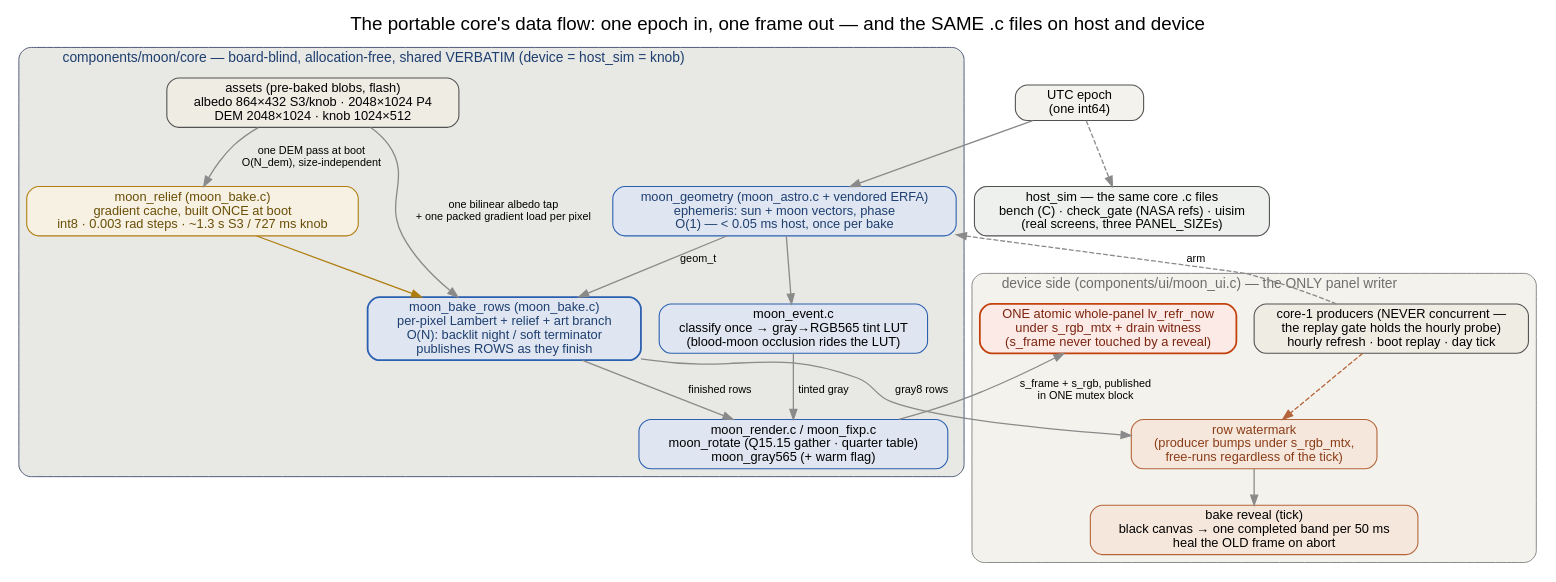
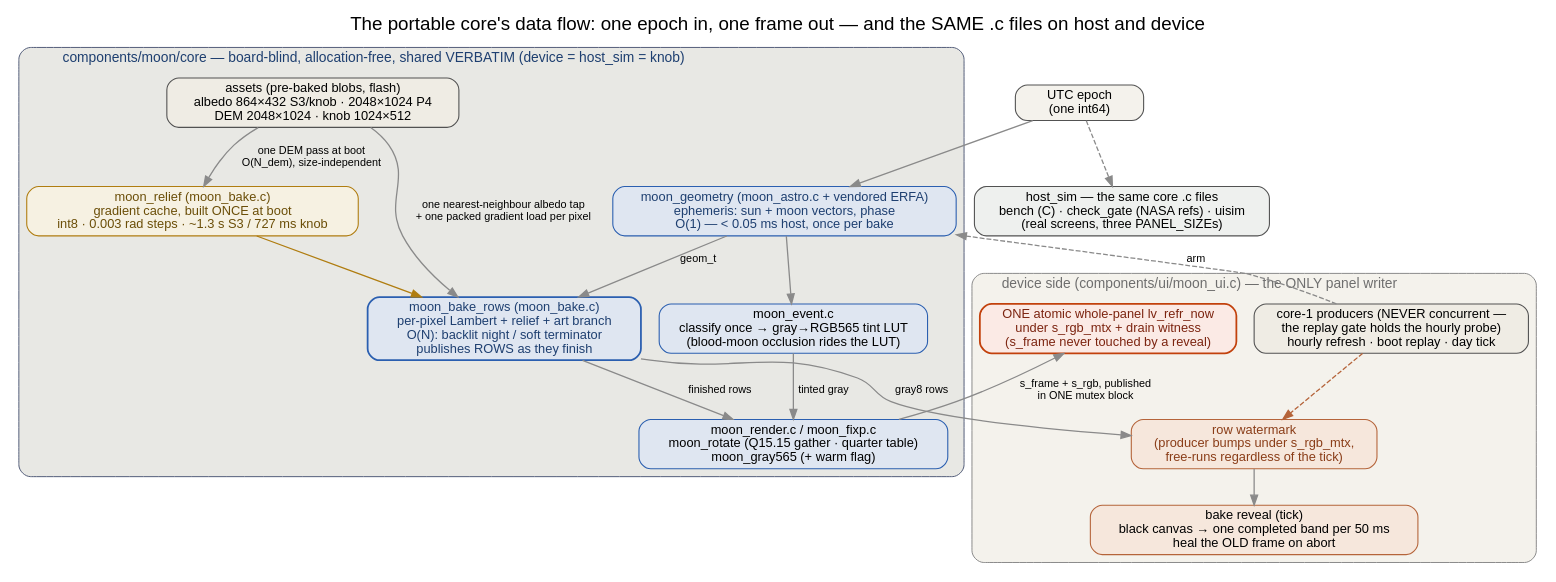
One commit to ukos-git/moon-clock-esp changed the diagram in docs/_graphs/moon-core-flow.dot. Above: the diagram before and after it, drawn with Graphviz. The commit also changed 7 other files, not shown here.

```diff
--- a/docs/_graphs/moon-core-flow.dot
+++ b/docs/_graphs/moon-core-flow.dot
@@ -1,69 +1,69 @@
 digraph mooncore {
     label="The portable core's data flow: one epoch in, one frame out — and the SAME .c files on host and device";
     labelloc="t";
     fontname="Helvetica"; fontsize=19;
     node [fontname="Helvetica", fontsize=13, style="rounded,filled",
           shape=box, width=1.8, height=0.5,
           fillcolor="#f2f2ef", color="#525252", penwidth=1.1];
     edge [fontname="Helvetica", fontsize=11, color="#8a8a8a", penwidth=1.3];
 
     epoch [label="UTC epoch\n(one int64)", fillcolor="#f4f2ec"];
 
     subgraph cluster_core {
         label="components/moon/core — board-blind, allocation-free, shared VERBATIM (device = host_sim = knob)";
         labeljust="l";
         style="rounded,filled";
         fillcolor="#e8e8e4";
         color="#525c78";
         fontsize=14; fontcolor="#1e3f70";
 
         geom [label="moon_geometry (moon_astro.c + vendored ERFA)\nephemeris: sun + moon vectors, phase\nO(1) — < 0.05 ms host, once per bake",
               fillcolor="#dfe6f1", color="#2b5fb0", fontcolor="#1e3f70"];
         asset [label="assets (pre-baked blobs, flash)\nalbedo 864×432 S3/knob · 2048×1024 P4\nDEM 2048×1024 · knob 1024×512",
                fillcolor="#efece4"];
         relief [label="moon_relief (moon_bake.c)\ngradient cache, built ONCE at boot\nint8 · 0.003 rad steps · ~1.3 s S3 / 727 ms knob",
                 fillcolor="#f6f1e2", color="#b07d10", fontcolor="#6b4e08"];
         bake [label="moon_bake_rows (moon_bake.c)\nper-pixel Lambert + relief + art branch\nO(N): backlit night / soft terminator\npublishes ROWS as they finish",
                 fillcolor="#dfe6f1", color="#2b5fb0", fontcolor="#1e3f70", penwidth=1.8];
         event [label="moon_event.c\nclassify once → gray→RGB565 tint LUT\n(blood-moon occlusion rides the LUT)",
                fillcolor="#dfe6f1", color="#2b5fb0"];
         render [label="moon_render.c / moon_fixp.c\nmoon_rotate (Q15.15 gather · quarter table)\nmoon_gray565 (+ warm flag)",
                  fillcolor="#dfe6f1", color="#2b5fb0"];
     }
 
     subgraph cluster_device {
         label="device side (components/ui/moon_ui.c) — the ONLY panel writer";
         labeljust="l";
         style="rounded,filled";
         fillcolor="#f4f2ec";
         color="#8a8a8a";
         fontsize=14; fontcolor="#6e6e6e";
 
         producers [label="core-1 producers (NEVER concurrent —\nthe replay gate holds the hourly probe)\nhourly refresh · boot replay · day tick",
                    fillcolor="#efece4"];
         wm [label="row watermark\n(producer bumps under s_rgb_mtx,\nfree-runs regardless of the tick)",
             fillcolor="#f6e7dc", color="#b5643a", fontcolor="#8a3d18"];
         reveal [label="bake reveal (tick)\nblack canvas → one completed band per 50 ms\nheal the OLD frame on abort",
                 fillcolor="#f6e7dc", color="#b5643a"];
         show [label="ONE atomic whole-panel lv_refr_now\nunder s_rgb_mtx + drain witness\n(s_frame never touched by a reveal)",
               fillcolor="#fbeae5", color="#c2410c", penwidth=1.8, fontcolor="#7c2410"];
     }
 
     host [label="host_sim — the same core .c files\nbench (C) · check_gate (NASA refs) · uisim\n(real screens, three PANEL_SIZEs)",
           fillcolor="#eef0ee"];
 
     epoch -> geom;
-    asset -> bake [label="one bilinear albedo tap\n+ one packed gradient load per pixel"];
+    asset -> bake [label="one nearest-neighbour albedo tap\n+ one packed gradient load per pixel"];
     asset -> relief [label="one DEM pass at boot\nO(N_dem), size-independent"];
     relief -> bake [color="#b07d10"];
     geom -> bake [label="geom_t"];
     bake -> wm [label="gray8 rows"];
     wm -> reveal;
     bake -> render [label="finished rows"];
     geom -> event;
     event -> render [label="tinted gray"];
     render -> show [label="s_frame + s_rgb, published\nin ONE mutex block"];
     producers -> geom [style=dashed, label="arm"];
     producers -> wm [style=dashed, color="#b5643a", fontcolor="#8a3d18"];
     epoch -> host [style=dashed, color="#8a8a8a"];
 }
```
